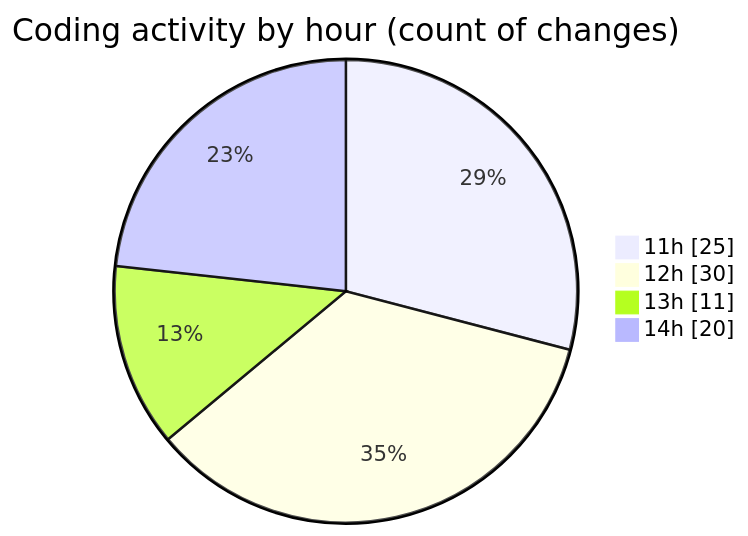
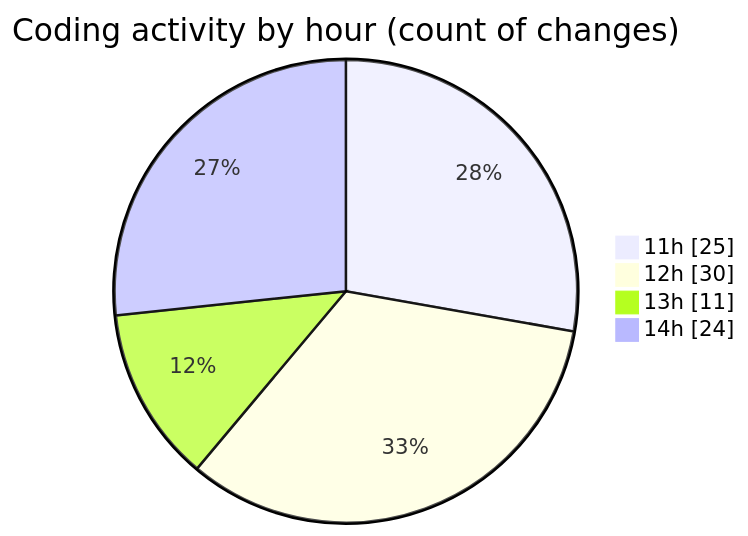
The second of 2 diagrams in 2025-08-13/nxtqube_webapp/README.md (nxtqubesakshisongat/code-tracking), drawn with Mermaid before and after one commit. The commit also changed other lines of this file and 1 other file, not shown here.

````diff
--- a/2025-08-13/nxtqube_webapp/README.md
+++ b/2025-08-13/nxtqube_webapp/README.md
@@ -35,8 +35,8 @@
 ```mermaid
 pie showData
 title Coding activity by hour (count of changes)
 "11h" : 25
 "12h" : 30
 "13h" : 11
-"14h" : 20
+"14h" : 24
 ```
````
